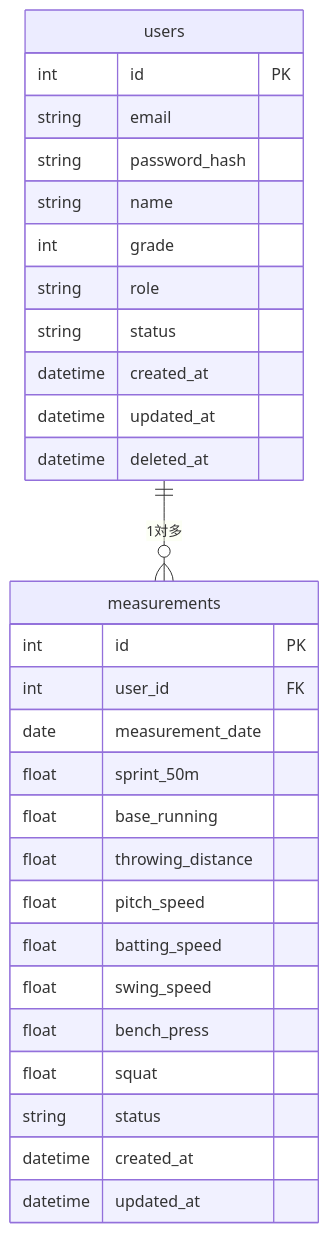
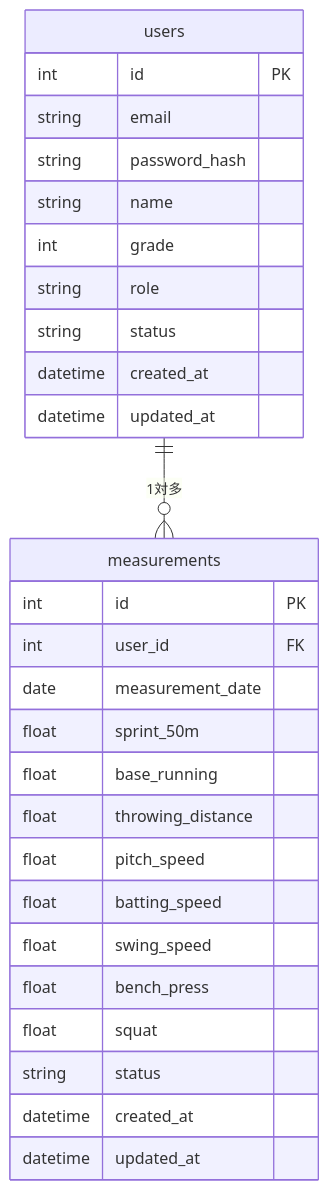
The first of 2 diagrams in baseball_talent_manager/docs/er.md (SungyongAn/portfolio), drawn with Mermaid before and after one commit. The commit also changed other lines of this file and 10 other files, not shown here.

````diff
--- a/baseball_talent_manager/docs/er.md
+++ b/baseball_talent_manager/docs/er.md
@@ -9,34 +9,33 @@
 ```mermaid
 erDiagram
     users {
         int id PK
         string email
         string password_hash
         string name
         int grade
         string role
         string status
         datetime created_at
         datetime updated_at
-        datetime deleted_at
     }
 
     measurements {
         int id PK
         int user_id FK
         date measurement_date
         float sprint_50m
         float base_running
         float throwing_distance
         float pitch_speed
         float batting_speed
         float swing_speed
         float bench_press
         float squat
         string status
         datetime created_at
         datetime updated_at
     }
 
     users ||--o{ measurements : "1対多"
 ```
````
